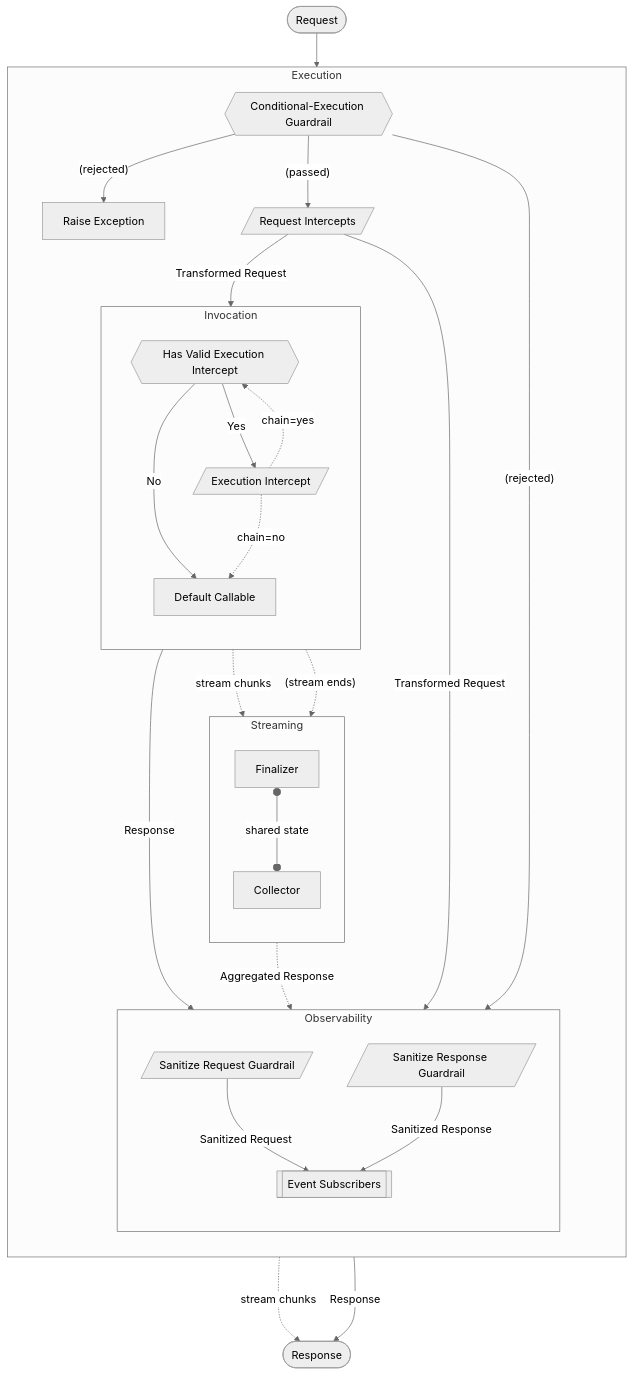
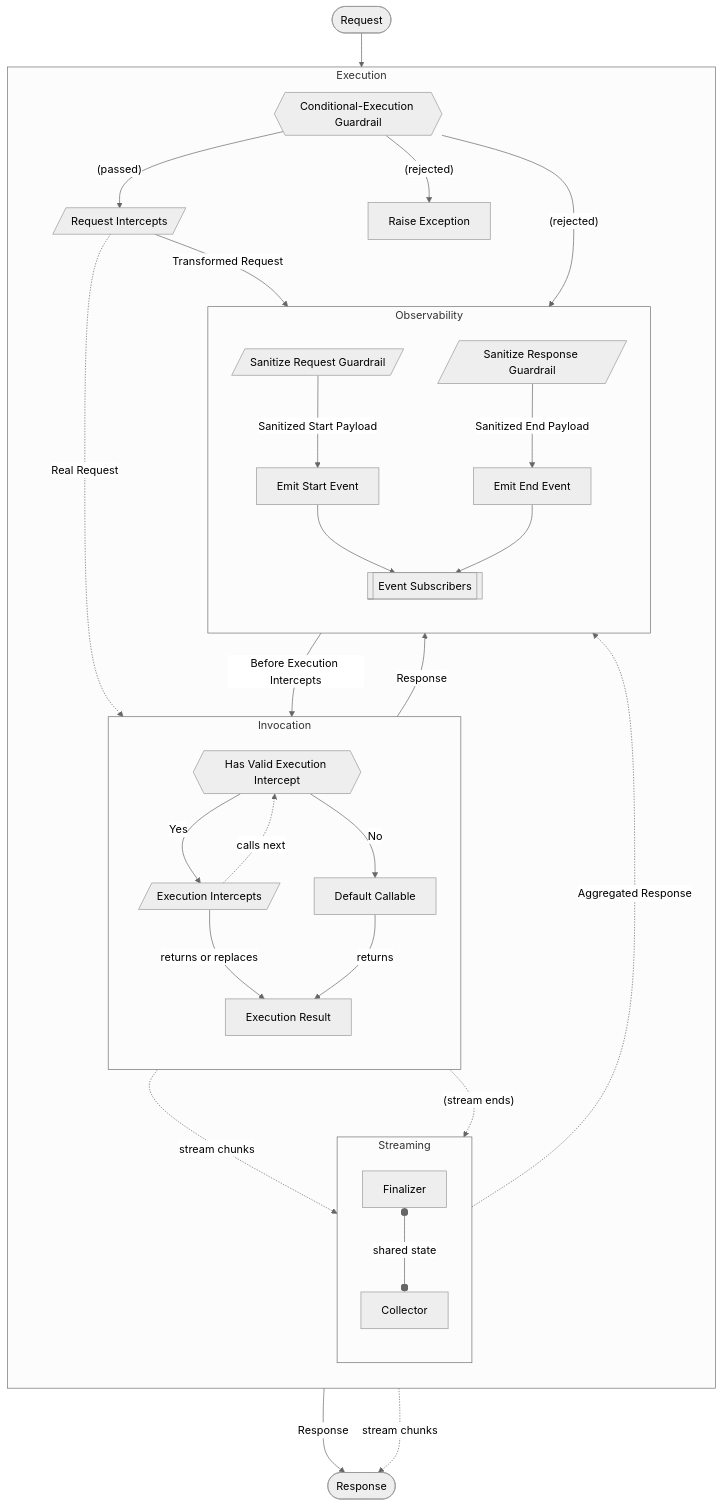
The second of 2 diagrams in docs/about/concepts/middleware.md (NVIDIA/NeMo-Relay), drawn with Mermaid (neutral theme) before and after one commit. The commit also changed other lines of this file and 5 other files, not shown here.

Commit message:
docs: clarify managed LLM start event ordering

````diff
--- a/docs/about/concepts/middleware.md
+++ b/docs/about/concepts/middleware.md
@@ -171,62 +172,70 @@
 ```{mermaid}
 flowchart TB
     Request([Request])
 
     subgraph Execution
         direction TB
         ConditionalExecutionGuardrails{{Conditional-Execution Guardrail}}
         RequestIntercepts[/Request Intercepts/]
         RaiseException[Raise Exception]
         subgraph Invocation
             direction TB
             HasExecutionIntercept{{Has Valid Execution Intercept}}
-            ExecutionIntercepts[/Execution Intercept/]
+            ExecutionIntercepts[/Execution Intercepts/]
             DefaultCallable[Default Callable]
+            InterceptResult[Execution Result]
         end
 
         subgraph Streaming
             direction TB
             Finalizer[Finalizer]
             Collector[Collector]
         end
 
         subgraph Observability
             direction TB
             SanitizeRequestGuardrails[/Sanitize Request Guardrail/]
             SanitizeResponseGuardrails[/Sanitize Response Guardrail/]
+            StartEvent[Emit Start Event]
+            EndEvent[Emit End Event]
             EventSubscribers[["Event Subscribers"]]
         end
     end
 
     Response([Response])
 
     Request --> ConditionalExecutionGuardrails
-    RequestIntercepts -->|Transformed Request| SanitizeRequestGuardrails & Invocation
+    RequestIntercepts -->|Transformed Request| SanitizeRequestGuardrails
     ConditionalExecutionGuardrails -->|"(rejected)"| EventSubscribers
     ConditionalExecutionGuardrails -->|"(rejected)"| RaiseException
     ConditionalExecutionGuardrails -->|"(passed)"| RequestIntercepts
+    SanitizeRequestGuardrails -->|Sanitized Start Payload| StartEvent
+    StartEvent --> EventSubscribers
+    StartEvent -->|Before Execution Intercepts| HasExecutionIntercept
+    RequestIntercepts -.->|Real Request| HasExecutionIntercept
 
     HasExecutionIntercept -->|No| DefaultCallable
     HasExecutionIntercept -->|Yes| ExecutionIntercepts
-    ExecutionIntercepts -.->|chain=yes| HasExecutionIntercept
-    ExecutionIntercepts -.->|chain=no| DefaultCallable
+    ExecutionIntercepts -.->|calls next| HasExecutionIntercept
+    ExecutionIntercepts -->|returns or replaces| InterceptResult
+    DefaultCallable -->|returns| InterceptResult
 
-    Invocation -->|Response| SanitizeResponseGuardrails
-    Invocation -->|Response| Response
+    InterceptResult -->|Response| SanitizeResponseGuardrails
+    InterceptResult -->|Response| Response
 
-    Invocation -.->|stream chunks| Collector
+    InterceptResult -.->|stream chunks| Collector
     Collector -..->|stream chunks| Response
-    Invocation -.->|"(stream ends)"| Finalizer
+    InterceptResult -.->|"(stream ends)"| Finalizer
     Finalizer -.->|Aggregated Response| SanitizeResponseGuardrails
     Finalizer o--o|shared state| Collector
 
-    SanitizeRequestGuardrails -->|Sanitized Request| EventSubscribers
-    SanitizeResponseGuardrails -->|Sanitized Response| EventSubscribers
+    SanitizeResponseGuardrails -->|Sanitized End Payload| EndEvent
+    EndEvent --> EventSubscribers
 
     class Execution,Invocation,Streaming,Observability,Request,Response grey-lightest;
-    class EventSubscribers teal-lightest;
+    class EventSubscribers,StartEvent,EndEvent teal-lightest;
     class RequestIntercepts,HasExecutionIntercept,ExecutionIntercepts yellow-lightest;
     class ConditionalExecutionGuardrails,SanitizeRequestGuardrails,SanitizeResponseGuardrails green-lightest;
     class RaiseException red-lightest;
-    class DefaultCallable,Collector,Finalizer magenta-lightest;
+    class DefaultCallable,InterceptResult,Collector,Finalizer magenta-lightest;
 ```
````
